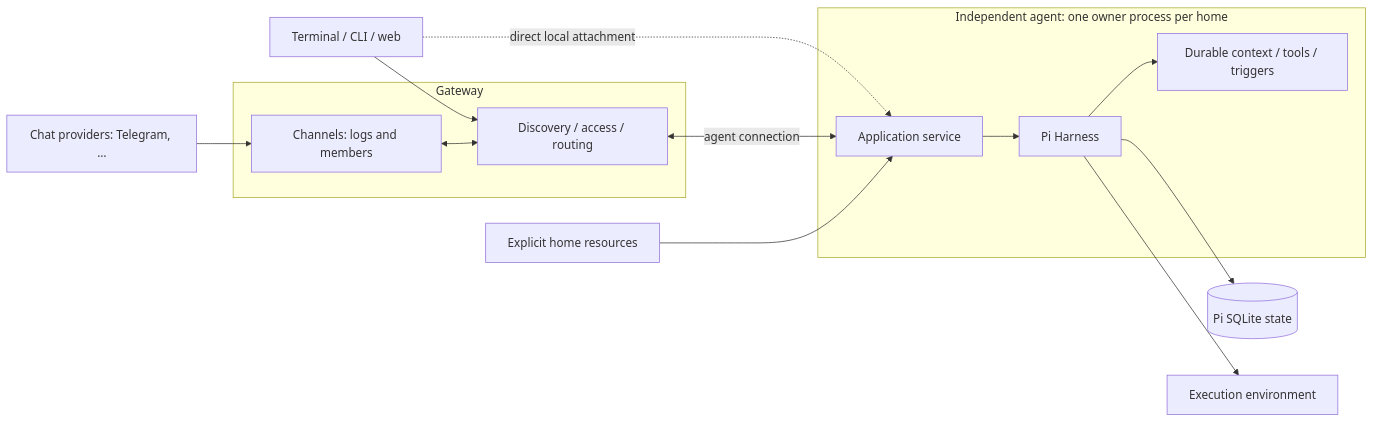
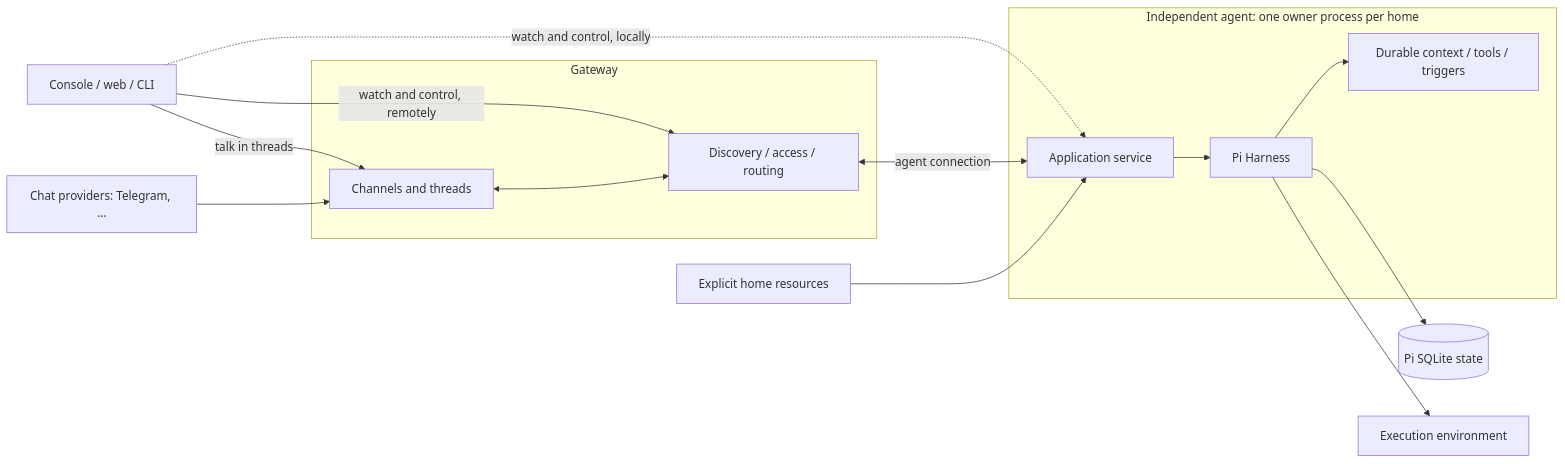
Before and after one commit to zachmeador/shrimpy: the diagram in docs/REDESIGN/PLAN.md, drawn with Mermaid. The commit also changed other lines of this file, not shown here.

````diff
--- a/docs/REDESIGN/PLAN.md
+++ b/docs/REDESIGN/PLAN.md
@@ -175,19 +190,20 @@
 ```mermaid
 flowchart LR
     subgraph GW["Gateway"]
         Gateway["Discovery / access / routing"]
-        Channels["Channels: logs and members"]
+        Channels["Channels and threads"]
     end
     subgraph Owner["Independent agent: one owner process per home"]
         Service["Application service"] --> Pi["Pi Harness"]
         Pi --> Extensions["Durable context / tools / triggers"]
     end
-    Clients["Terminal / CLI / web"] --> Gateway
-    Clients -. "direct local attachment" .-> Service
+    Clients["Console / web / CLI"] -->|"talk in threads"| Channels
+    Clients -->|"watch and control, remotely"| Gateway
+    Clients -. "watch and control, locally" .-> Service
     Providers["Chat providers: Telegram, …"] --> Channels
     Channels <--> Gateway
     Gateway <-->|"agent connection"| Service
     Pi --> State[("Pi SQLite state")]
     Pi --> Environment["Execution environment"]
     Home["Explicit home resources"] --> Service
 ```
````
